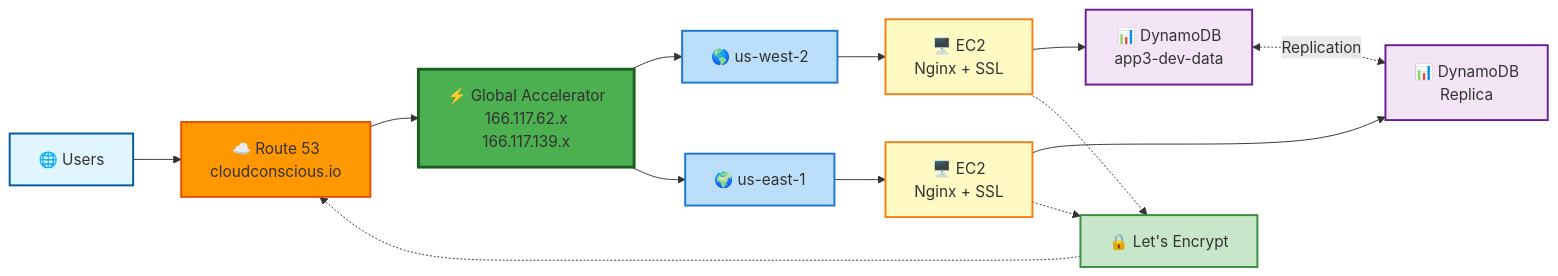
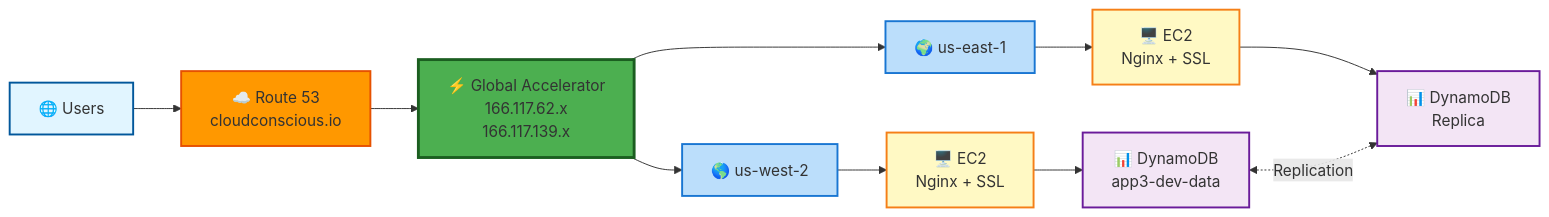
The diagram in terraform/stacks/app3/README.md (vegatros/repo1), drawn with Mermaid before and after one commit. The commit also changed other lines of this file, not shown here.

Commit message:
Remove Let's Encrypt from diagram and align DynamoDB text

````diff
--- a/terraform/stacks/app3/README.md
+++ b/terraform/stacks/app3/README.md
@@ -9,31 +9,26 @@
 ```mermaid
 graph LR
     Users[🌐 Users] --> R53[☁️ Route 53<br/>cloudconscious.io]
     R53 --> GA[⚡ Global Accelerator<br/>166.117.62.x<br/>166.117.139.x]
     
     GA --> West[🌎 us-west-2]
     GA --> East[🌍 us-east-1]
     
     West --> EC2W[🖥️ EC2<br/>Nginx + SSL]
     East --> EC2E[🖥️ EC2<br/>Nginx + SSL]
     
     EC2W --> DDBW[📊 DynamoDB<br/>app3-dev-data]
     EC2E --> DDBE[📊 DynamoDB<br/>Replica]
     
     DDBW <-.->|Replication| DDBE
     
-    EC2W -.-> LE[🔒 Let's Encrypt]
-    EC2E -.-> LE
-    LE -.-> R53
-    
     style Users fill:#e1f5ff,stroke:#01579b,stroke-width:2px
     style R53 fill:#ff9800,stroke:#e65100,stroke-width:2px
     style GA fill:#4caf50,stroke:#1b5e20,stroke-width:3px
     style West fill:#bbdefb,stroke:#1976d2,stroke-width:2px
     style East fill:#bbdefb,stroke:#1976d2,stroke-width:2px
     style EC2W fill:#fff9c4,stroke:#f57f17,stroke-width:2px
     style EC2E fill:#fff9c4,stroke:#f57f17,stroke-width:2px
     style DDBW fill:#f3e5f5,stroke:#6a1b9a,stroke-width:2px
     style DDBE fill:#f3e5f5,stroke:#6a1b9a,stroke-width:2px
-    style LE fill:#c8e6c9,stroke:#388e3c,stroke-width:2px
 ```
````
